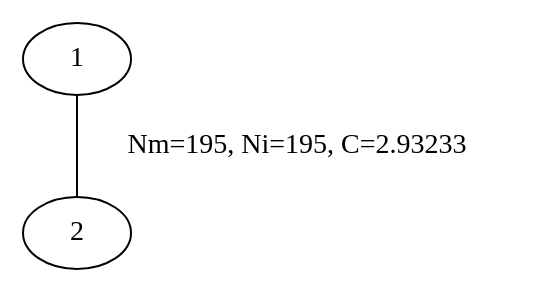
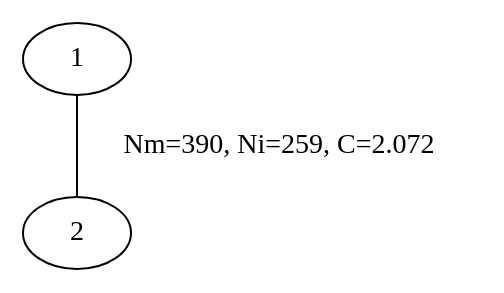
One commit to AlexandraKam/hakatonUpgrade changed the diagram in ml/matches_graph.dot. Above: the diagram before and after it, drawn with Graphviz. The commit also changed 4 other files, not shown here.

```diff
--- a/ml/matches_graph.dot
+++ b/ml/matches_graph.dot
@@ -1,3 +1,3 @@
 graph matches_graph{
-"1" -- "2"[label="Nm=195, Ni=195, C=2.93233"];
+"1" -- "2"[label="Nm=390, Ni=259, C=2.072"];
 }
```
